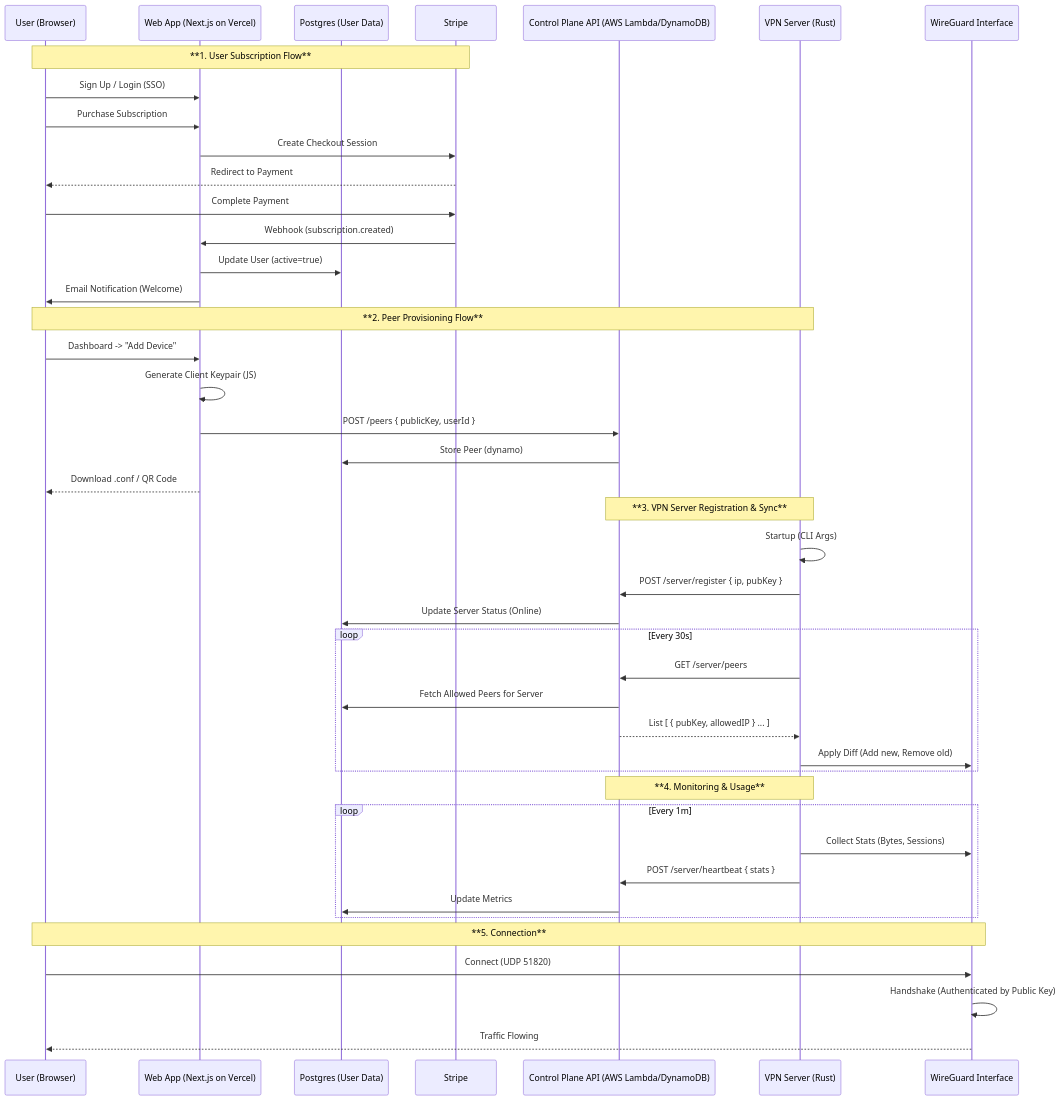
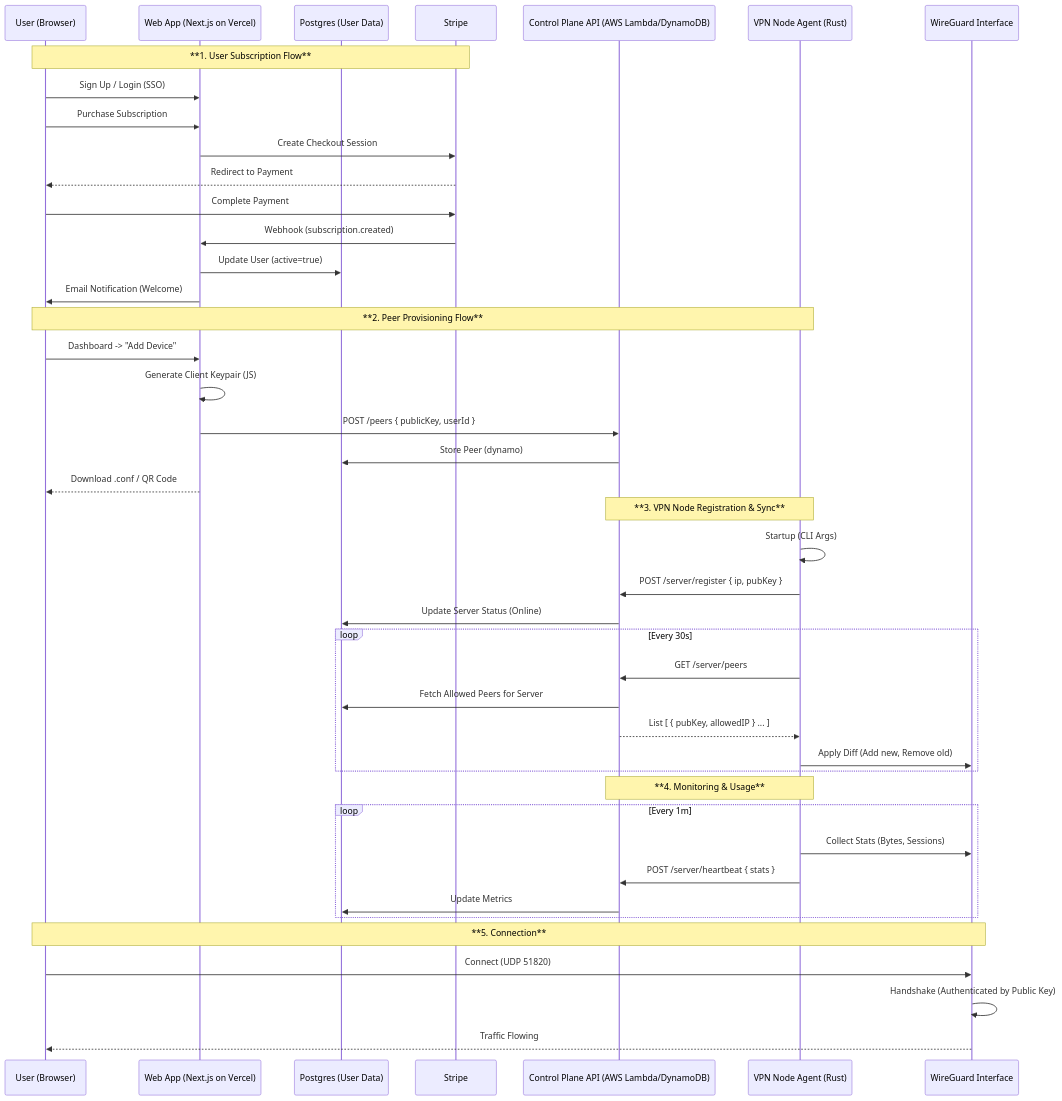
One commit to xnetcat/vpnVPN changed the diagram in docs/PROJECT_SPEC.md. Above: the diagram before and after it, drawn with Mermaid. The commit also changed other lines of this file and 6 other files, not shown here.

First line of the commit message:
Revise documentation for architecture, local dev, and config

````diff
--- a/docs/PROJECT_SPEC.md
+++ b/docs/PROJECT_SPEC.md
@@ -90,51 +141,51 @@
 ```mermaid
 sequenceDiagram
     participant U as User (Browser)
     participant F as Web App (Next.js on Vercel)
     participant DB as Postgres (User Data)
     participant S as Stripe
     participant CP as Control Plane API (AWS Lambda/DynamoDB)
-    participant VPN as VPN Server (Rust)
+    participant VPN as VPN Node Agent (Rust)
     participant WG as WireGuard Interface
 
     Note over U, S: **1. User Subscription Flow**
     U->>F: Sign Up / Login (SSO)
     U->>F: Purchase Subscription
     F->>S: Create Checkout Session
     S-->>U: Redirect to Payment
     U->>S: Complete Payment
     S->>F: Webhook (subscription.created)
     F->>DB: Update User (active=true)
     F->>U: Email Notification (Welcome)
 
     Note over U, VPN: **2. Peer Provisioning Flow**
     U->>F: Dashboard -> "Add Device"
     F->>F: Generate Client Keypair (JS)
     F->>CP: POST /peers { publicKey, userId }
     CP->>DB: Store Peer (dynamo)
     F-->>U: Download .conf / QR Code
 
-    Note over VPN, CP: **3. VPN Server Registration & Sync**
+    Note over VPN, CP: **3. VPN Node Registration & Sync**
     VPN->>VPN: Startup (CLI Args)
     VPN->>CP: POST /server/register { ip, pubKey }
     CP->>DB: Update Server Status (Online)
 
     loop Every 30s
         VPN->>CP: GET /server/peers
         CP->>DB: Fetch Allowed Peers for Server
         CP-->>VPN: List [ { pubKey, allowedIP } ... ]
         VPN->>WG: Apply Diff (Add new, Remove old)
     end
 
     Note over VPN, CP: **4. Monitoring & Usage**
     loop Every 1m
         VPN->>WG: Collect Stats (Bytes, Sessions)
         VPN->>CP: POST /server/heartbeat { stats }
         CP->>DB: Update Metrics
     end
 
     Note over U, WG: **5. Connection**
     U->>WG: Connect (UDP 51820)
     WG->>WG: Handshake (Authenticated by Public Key)
     WG-->>U: Traffic Flowing
 ```
````
